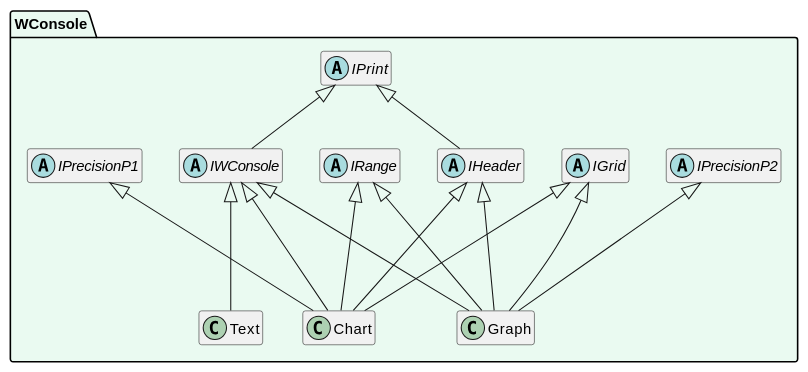
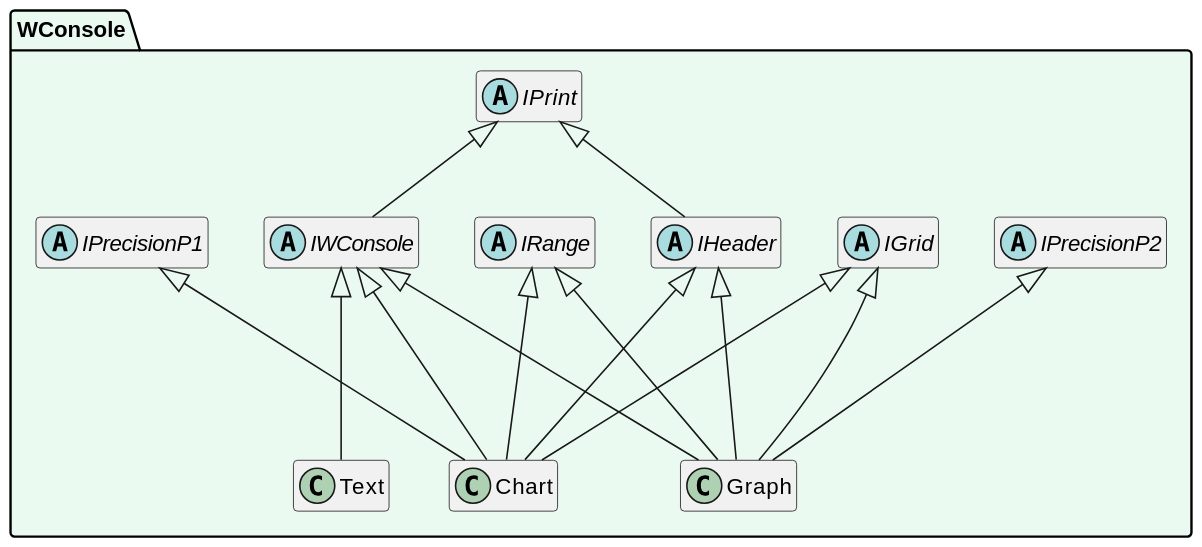
Before and after one commit to SergioStopkin/WideConsole: the diagram in doc/UMLClass.md, drawn with PlantUML. The commit also changed 3 other files, not shown here.

````diff
--- a/doc/UMLClass.md
+++ b/doc/UMLClass.md
@@ -1,41 +1,41 @@
 ```plantuml
 @startuml
 
-scale 800 width
+scale 1200 width
 
 hide empty members
 
 namespace WConsole #EAFAF1 {
 
 abstract class IGrid
 abstract class IHeader
 abstract class IPrecisionP1
 abstract class IPrecisionP2
 abstract class IPrint
 abstract class IRange
 abstract class IWConsole
 class Chart
 class Graph
 class Text
 
 IPrint <|-- IHeader
 IPrint <|-- IWConsole
 
 IWConsole    <|--- Chart
 IHeader      <|--- Chart
 IPrecisionP1 <|---  Chart
 IRange       <|---  Chart
 IGrid        <|---  Chart
 
 IWConsole    <|--- Graph
 IHeader      <|--- Graph
 IPrecisionP2 <|---  Graph
 IRange       <|---  Graph
 IGrid        <|---  Graph
 
 IWConsole <|--- Text
 
 }
 
 @enduml
 ```
````
